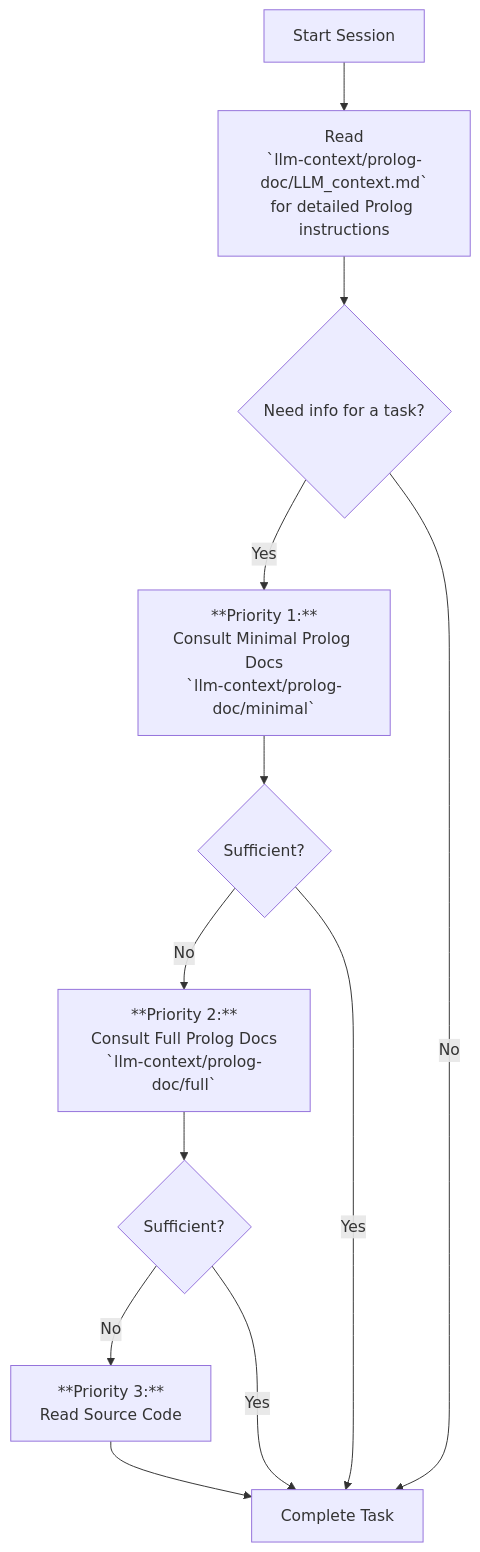
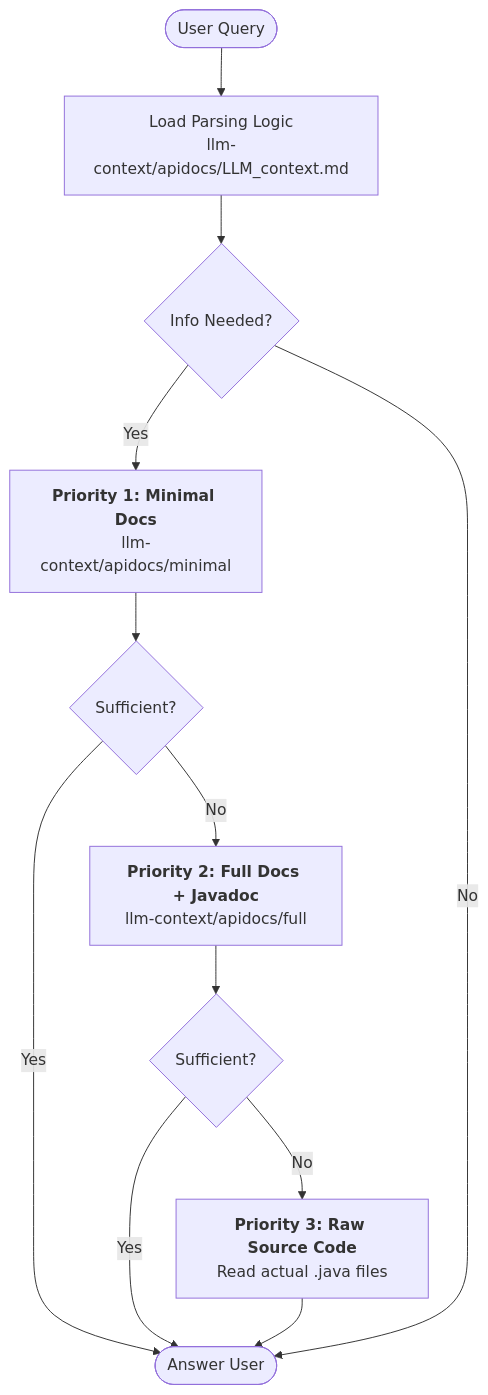
The diagram in src/main/resources/master_LLM_context_template.md (grimch/logidoclet), drawn with Mermaid before and after one commit. The commit also changed other lines of this file and 14 other files, not shown here.

````diff
--- a/src/main/resources/master_LLM_context_template.md
+++ b/src/main/resources/master_LLM_context_template.md
@@ -23,14 +15,14 @@
 ```mermaid
 graph TD
-    A[Start Session] --> B[Read<br>`llm-context/prolog-doc/LLM_context.md`<br>for detailed Prolog instructions];
-    B --> C{Need info for a task?};
-    C -- Yes --> D[**Priority 1:**<br>Consult Minimal Prolog Docs<br>`llm-context/prolog-doc/minimal`];
-    D --> E{Sufficient?};
-    E -- No --> F[**Priority 2:**<br>Consult Full Prolog Docs<br>`llm-context/prolog-doc/full`];
-    F --> G{Sufficient?};
-    G -- No --> H[**Priority 3:**<br>Read Source Code];
-    H --> I[Complete Task];
-    G -- Yes --> I;
-    E -- Yes --> I;
-    C -- No --> I;
+    Start([User Query]) --> Init[Load Parsing Logic<br>llm-context/apidocs/LLM_context.md]
+    Init --> Check{Info Needed?}
+    Check -- Yes --> Min[<b>Priority 1: Minimal Docs</b><br>llm-context/apidocs/minimal]
+    Min --> Suff{Sufficient?}
+    Suff -- Yes --> Answer([Answer User])
+    Suff -- No --> Full[<b>Priority 2: Full Docs + Javadoc</b><br>llm-context/apidocs/full]
+    Full --> Suff2{Sufficient?}
+    Suff2 -- Yes --> Answer
+    Suff2 -- No --> Source[<b>Priority 3: Raw Source Code</b><br>Read actual .java files]
+    Source --> Answer
+    Check -- No --> Answer
 ```
````
